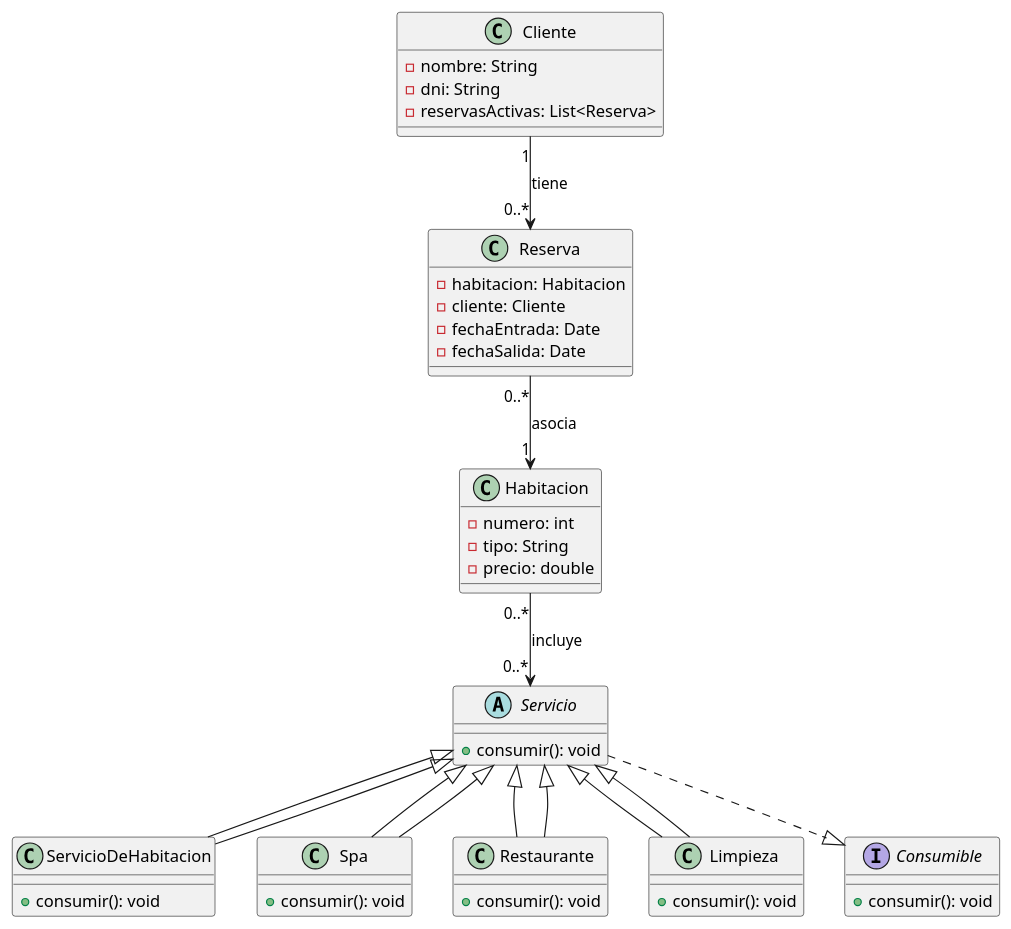
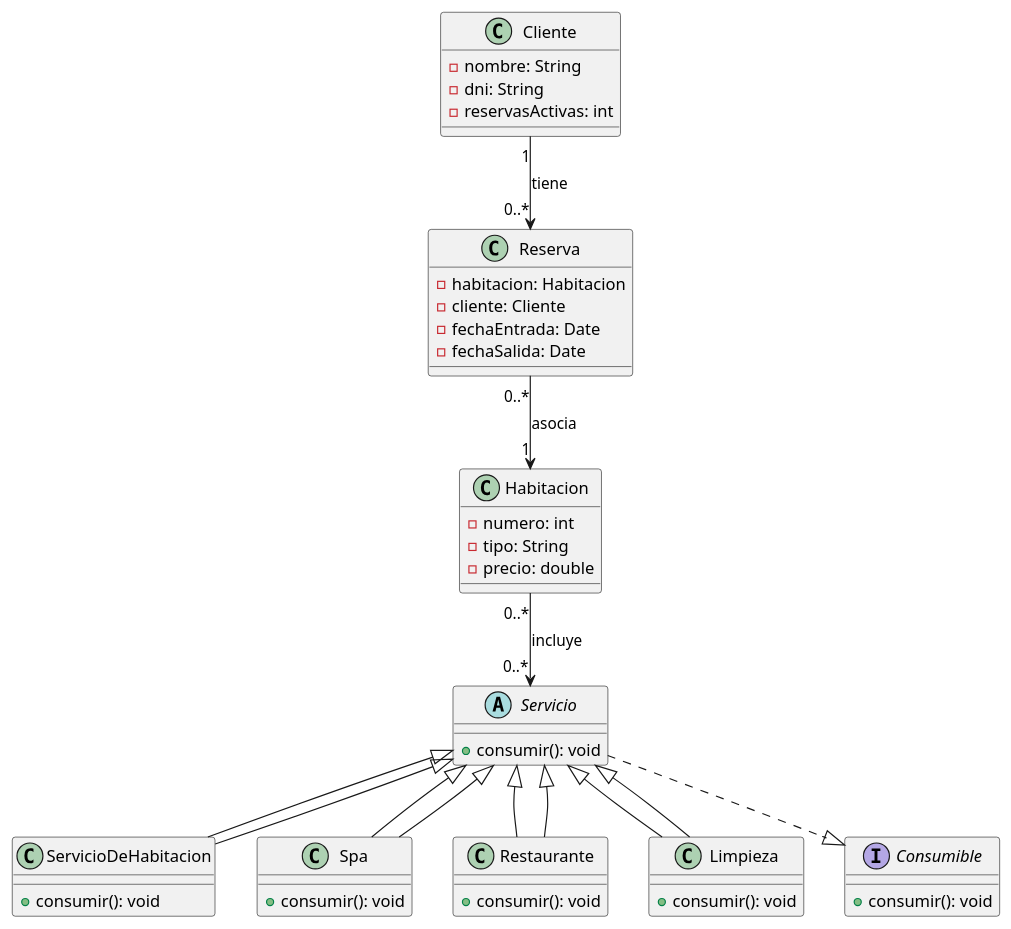
One commit to Nico26x/RepositorioProgramacion2 changed the diagram in model/Hotel.puml. Above: the diagram before and after it, drawn with PlantUML.

Commit message:
cambio en el uml para cohesion con el codigo

```diff
--- a/model/Hotel.puml
+++ b/model/Hotel.puml
@@ -1,56 +1,56 @@
 class Habitacion {
     - numero: int
     - tipo: String
     - precio: double
 }
 
 class Reserva {
     - habitacion: Habitacion
     - cliente: Cliente
     - fechaEntrada: Date
     - fechaSalida: Date
 }
 
 class Cliente {
     - nombre: String
     - dni: String
-    - reservasActivas: List<Reserva>
+    - reservasActivas: int
 }
 
 abstract class Servicio {
     + consumir(): void
 }
 
 class ServicioDeHabitacion extends Servicio {
     + consumir(): void
 }
 
 class Spa extends Servicio {
     + consumir(): void
 }
 
 class Restaurante extends Servicio {
     + consumir(): void
 }
 
 class Limpieza extends Servicio {
     + consumir(): void
 }
 
 interface Consumible {
     + consumir(): void
 }
 
 ' Relaciones de herencia
 Servicio <|-- ServicioDeHabitacion
 Servicio <|-- Spa
 Servicio <|-- Restaurante
 Servicio <|-- Limpieza
 
 ' Implementación de la interfaz
 Servicio ..|> Consumible
 
 ' Relaciones entre las clases
 Cliente "1" --> "0..*" Reserva : tiene
 Reserva "0..*" --> "1" Habitacion : asocia
 Habitacion "0..*" --> "0..*" Servicio : incluye
```
